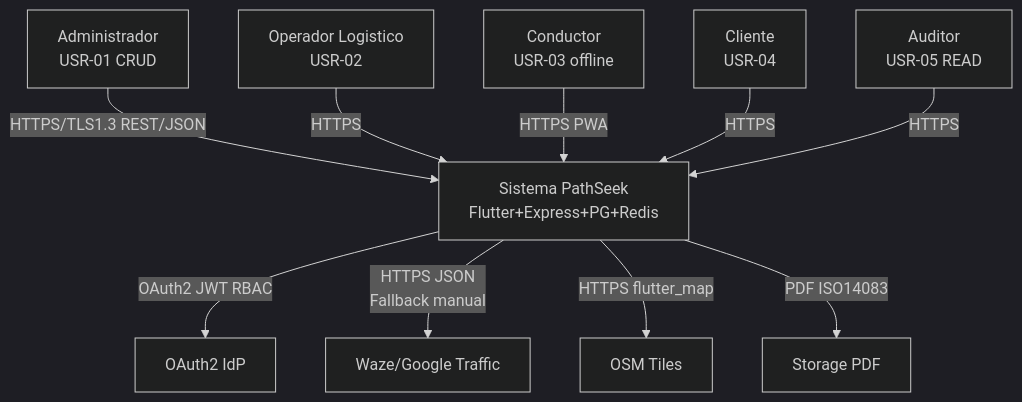
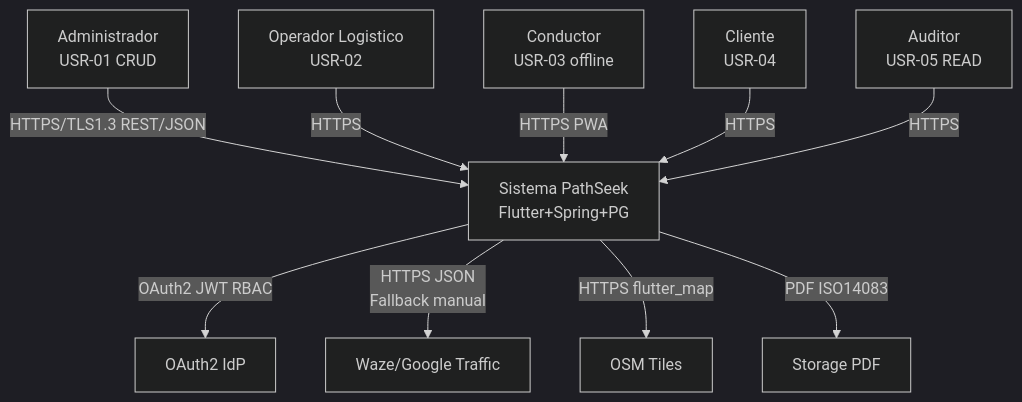
The seventh of 7 diagrams in docs/01 Inicio/12. Modelo C4 V_1_1_0.md (UmbraFlare-code/PathSeek), drawn with Mermaid (dark theme) before and after one commit. The commit also changed other lines of this file and 19 other files, not shown here.

````diff
--- a/docs/01 Inicio/12. Modelo C4 V_1_1_0.md
+++ b/docs/01 Inicio/12. Modelo C4 V_1_1_0.md
@@ -322,12 +327,12 @@
 ```mermaid
 graph TD
-    Admin["Administrador<br/>USR-01 CRUD"] -->|"HTTPS/TLS1.3 REST/JSON"| PathSeek["Sistema PathSeek<br/>Flutter+Express+PG+Redis"]
+    Admin["Administrador<br/>USR-01 CRUD"] -->|"HTTPS/TLS1.3 REST/JSON"| PathSeek["Sistema PathSeek<br/>Flutter+Spring+PG"]
     Operador["Operador Logistico<br/>USR-02"] -->|"HTTPS"| PathSeek
     Conductor["Conductor<br/>USR-03 offline"] -->|"HTTPS PWA"| PathSeek
     Cliente["Cliente<br/>USR-04"] -->|"HTTPS"| PathSeek
     Auditor["Auditor<br/>USR-05 READ"] -->|"HTTPS"| PathSeek
     PathSeek -->|"OAuth2 JWT RBAC"| OAuth["OAuth2 IdP"]
     PathSeek -->|"HTTPS JSON<br/>Fallback manual"| Traffic["Waze/Google Traffic"]
     PathSeek -->|"HTTPS flutter_map"| OSM["OSM Tiles"]
     PathSeek -->|"PDF ISO14083"| Report["Storage PDF"]
 ```
````
